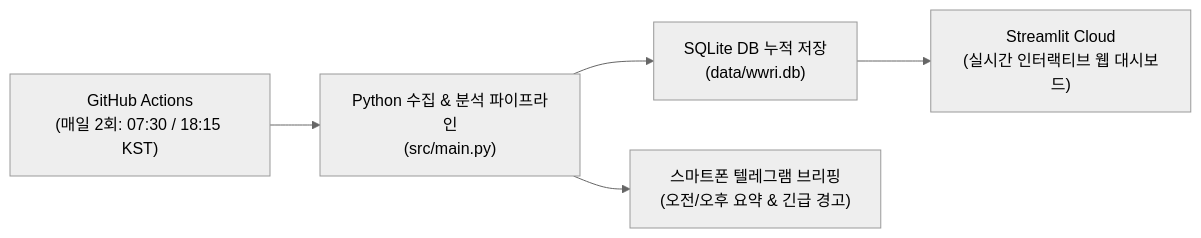
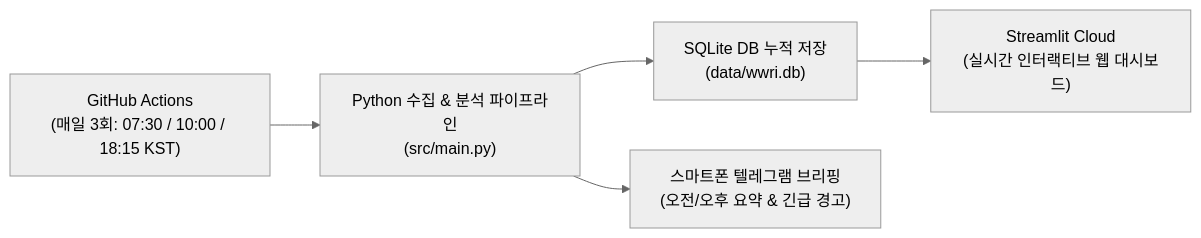
The diagram in README.md (expert-san/war-risk-tracker), drawn with Mermaid (neutral theme) before and after one commit. The commit also changed 1 other file, not shown here.

Commit message:
feat: add 10:00 KST scheduled run

````diff
--- a/README.md
+++ b/README.md
@@ -10,7 +10,7 @@
 ```mermaid
 flowchart LR
-    A["GitHub Actions<br>(매일 2회: 07:30 / 18:15 KST)"] --> B["Python 수집 & 분석 파이프라인<br>(src/main.py)"]
+    A["GitHub Actions<br>(매일 3회: 07:30 / 10:00 / 18:15 KST)"] --> B["Python 수집 & 분석 파이프라인<br>(src/main.py)"]
     B --> C["SQLite DB 누적 저장<br>(data/wwri.db)"]
     B --> D["스마트폰 텔레그램 브리핑<br>(오전/오후 요약 & 긴급 경고)"]
     C --> E["Streamlit Cloud<br>(실시간 인터랙티브 웹 대시보드)"]
 ```
````
